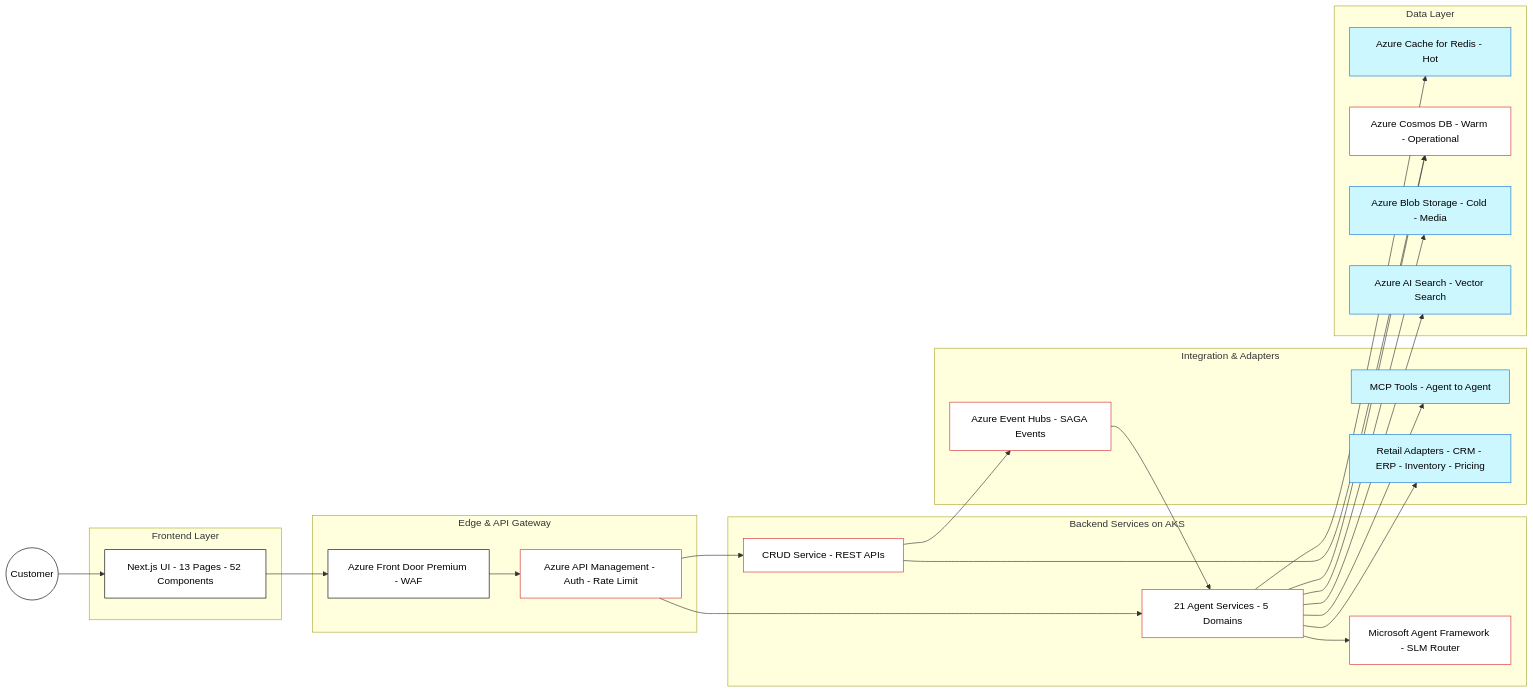
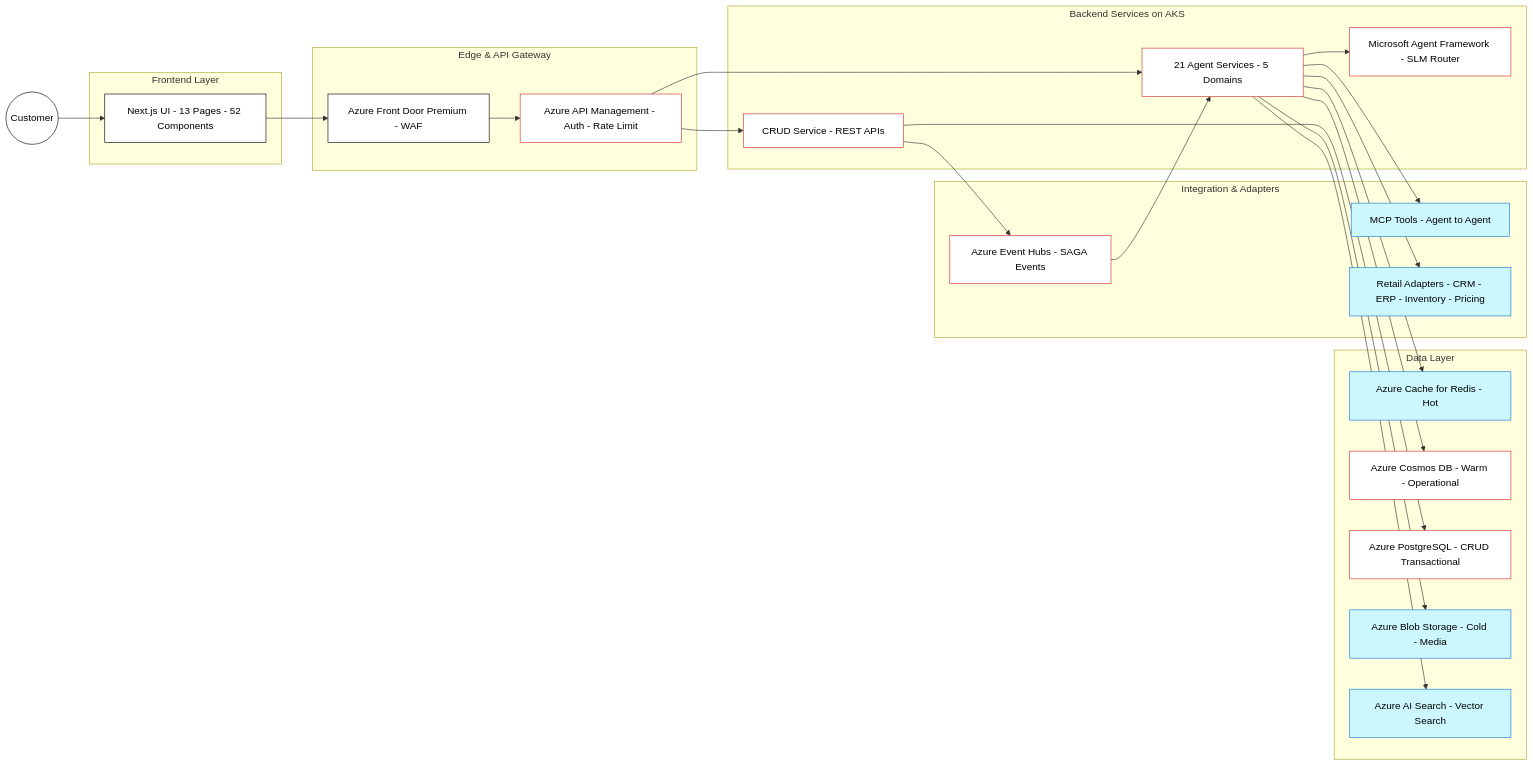
The diagram in docs/architecture/market-architecture.md (Azure-Samples/holiday-peak-hub), drawn with Mermaid before and after one commit. The commit also changed other lines of this file and 47 other files, not shown here.

First line of the commit message:
docs: update CHANGELOG, architecture docs for PostgreSQL/APIM migration

````diff
--- a/docs/architecture/market-architecture.md
+++ b/docs/architecture/market-architecture.md
@@ -76,54 +76,55 @@
 ```mermaid
 flowchart LR
   Customer((Customer))
 
   subgraph Frontend["Frontend Layer"]
     UI[Next.js UI - 13 Pages - 52 Components]
   end
 
   subgraph Edge["Edge & API Gateway"]
     FrontDoor[Azure Front Door Premium - WAF]
     APIM[Azure API Management - Auth - Rate Limit]
   end
 
   subgraph Backend["Backend Services on AKS"]
     CRUD[CRUD Service - REST APIs]
     Agents[21 Agent Services - 5 Domains]
     AgentFw[Microsoft Agent Framework - SLM Router]
   end
 
   subgraph Integration["Integration & Adapters"]
     MCP[MCP Tools - Agent to Agent]
     Adapters[Retail Adapters - CRM - ERP - Inventory - Pricing]
     EventHub[Azure Event Hubs - SAGA Events]
   end
 
   subgraph Data["Data Layer"]
     Redis[Azure Cache for Redis - Hot]
     Cosmos[Azure Cosmos DB - Warm - Operational]
+    PostgreSQL[Azure PostgreSQL - CRUD Transactional]
     Blob[Azure Blob Storage - Cold - Media]
     Search[Azure AI Search - Vector Search]
   end
 
   Customer --> UI --> FrontDoor --> APIM
   APIM --> CRUD
   APIM --> Agents
   Agents --> AgentFw
   Agents --> MCP
   CRUD --> EventHub
   EventHub --> Agents
   Agents --> Adapters
   Agents --> Redis
   Agents --> Cosmos
   Agents --> Blob
   Agents --> Search
-  CRUD --> Cosmos
+  CRUD --> PostgreSQL
 
   classDef noncritical fill:#ccf7ff,stroke:#1976d2,color:#000000;
   classDef critical fill:#ffffff,stroke:#d32f2f,color:#000000;
   classDef neutral fill:#ffffff,stroke:#000000,color:#000000;
 
   class Customer,UI,FrontDoor neutral;
   class MCP,Adapters,Redis,Blob,Search noncritical;
-  class APIM,CRUD,Agents,AgentFw,EventHub,Cosmos critical;
+  class APIM,CRUD,Agents,AgentFw,EventHub,Cosmos,PostgreSQL critical;
 ```
````
